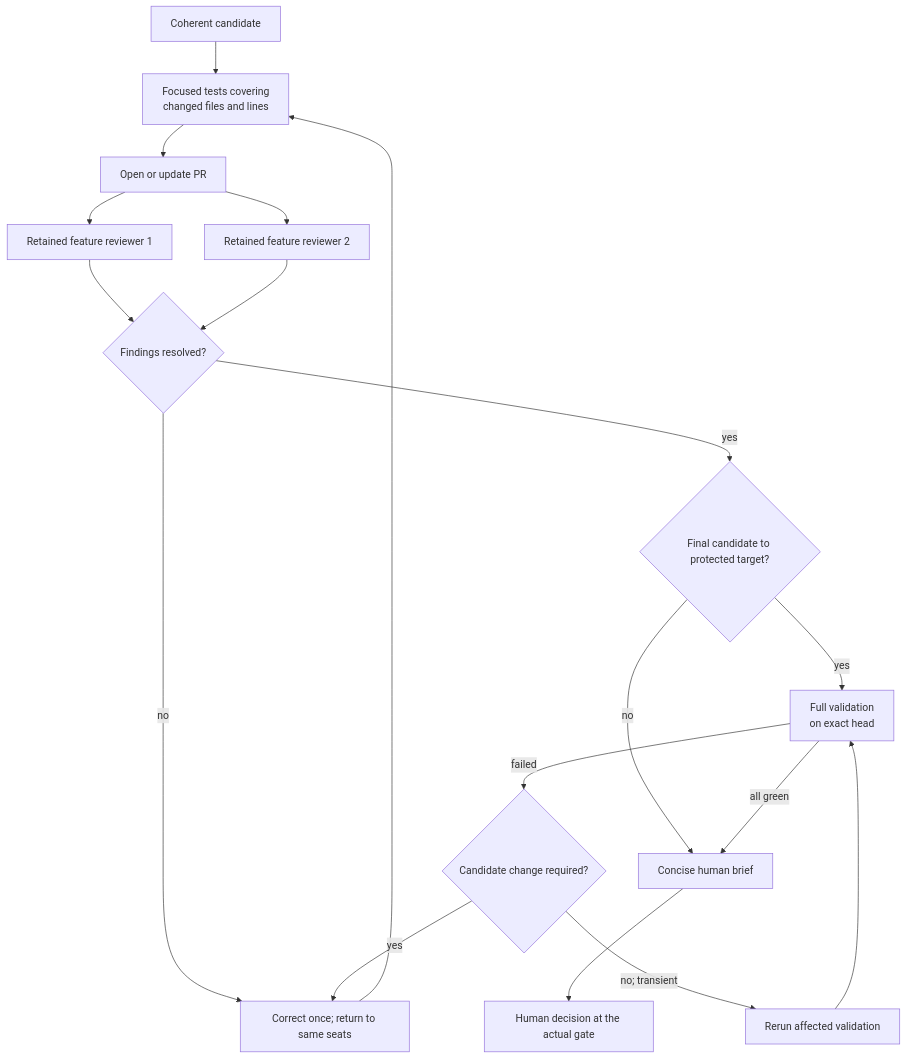
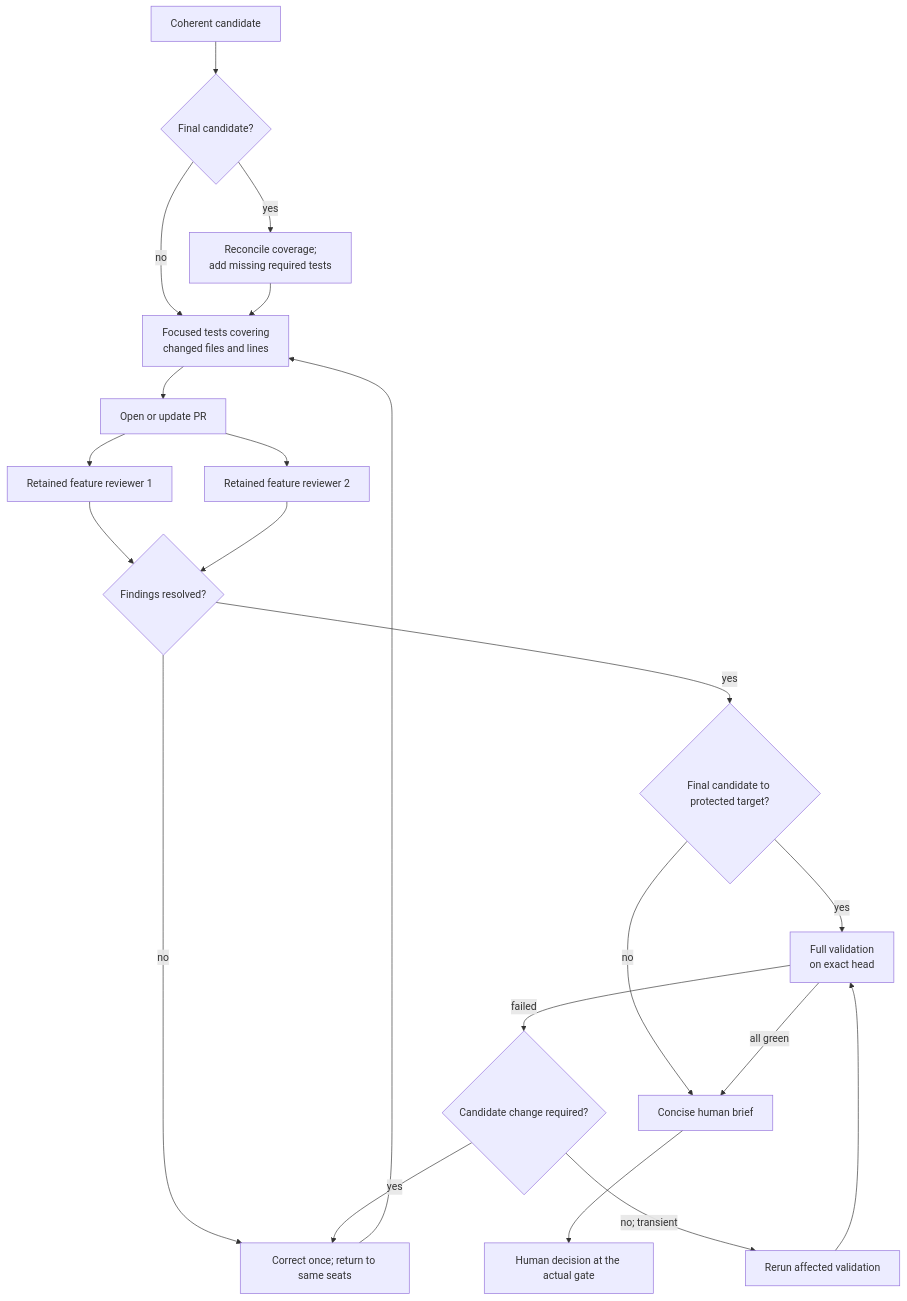
Before and after one commit to hhhhhusky777/spec-driven-delivery-playbook: diagram 11 of 14 in README.md, drawn with Mermaid. The commit also changed other lines of this file and 7 other files, not shown here.

Commit message:
docs: track final-gate test coverage and 90-minute task boundary

````diff
--- a/README.md
+++ b/README.md
@@ -505,20 +505,23 @@
 ```mermaid
 flowchart TD
-    C["Coherent candidate"] --> F["Focused tests covering<br/>changed files and lines"]
+    C["Coherent candidate"] --> E{"Final candidate?"}
+    E -->|"yes"| A["Reconcile coverage;<br/>add missing required tests"]
+    E -->|"no"| F["Focused tests covering<br/>changed files and lines"]
+    A --> F
     F --> P["Open or update PR"]
     P --> R1["Retained feature reviewer 1"]
     P --> R2["Retained feature reviewer 2"]
     R1 --> J{"Findings resolved?"}
     R2 --> J
     J -->|"no"| X["Correct once; return to same seats"]
     X --> F
     J -->|"yes"| G{"Final candidate to protected target?"}
     G -->|"no"| B["Task PR human brief"]
     G -->|"yes"| V["Full validation<br/>on exact head"]
     V -->|"failed"| D{"Candidate change required?"}
     D -->|"yes"| X
     D -->|"no; transient"| Q["Rerun affected validation"]
     Q --> V
     V -->|"all green"| B["Concise human brief"]
     B --> H["Human decision at the actual gate"]
 ```
````
